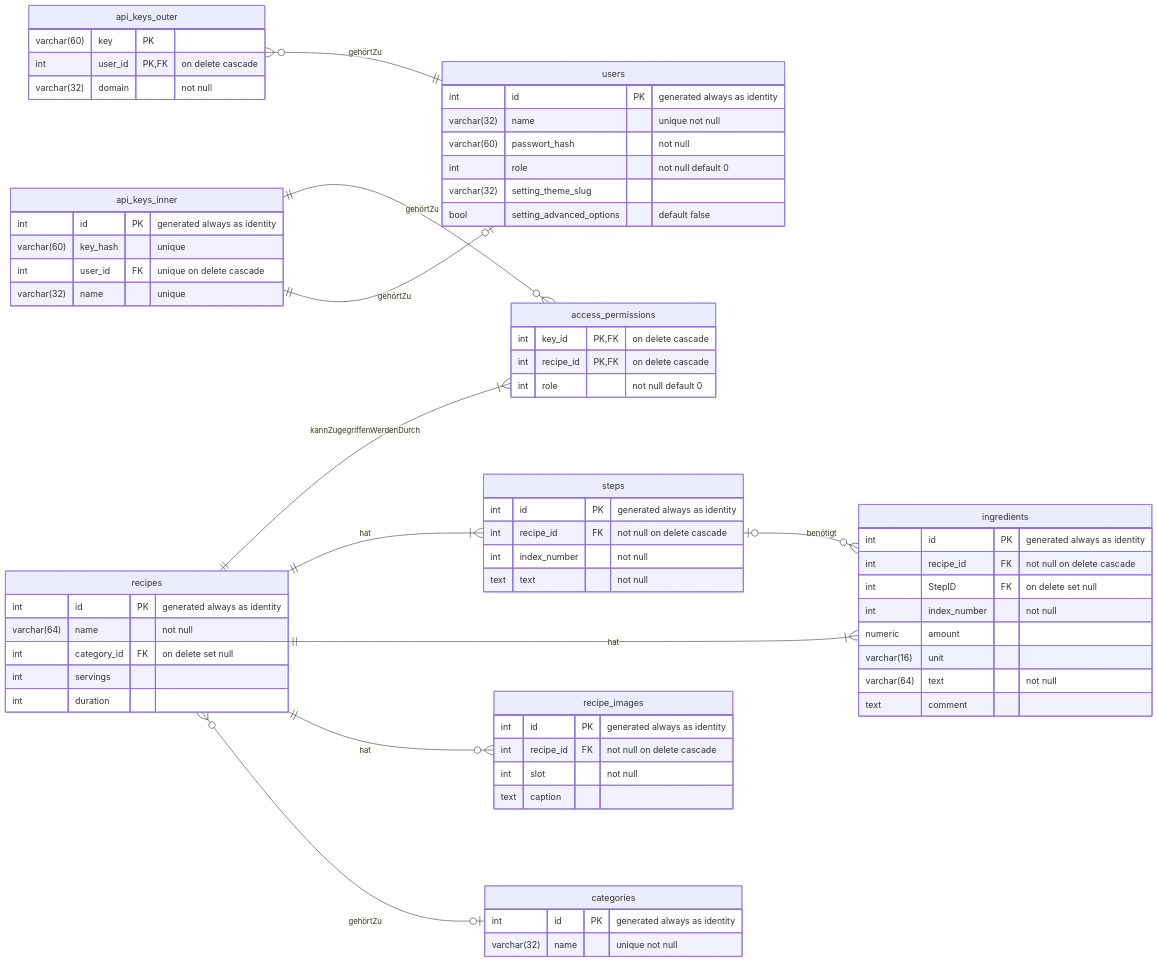
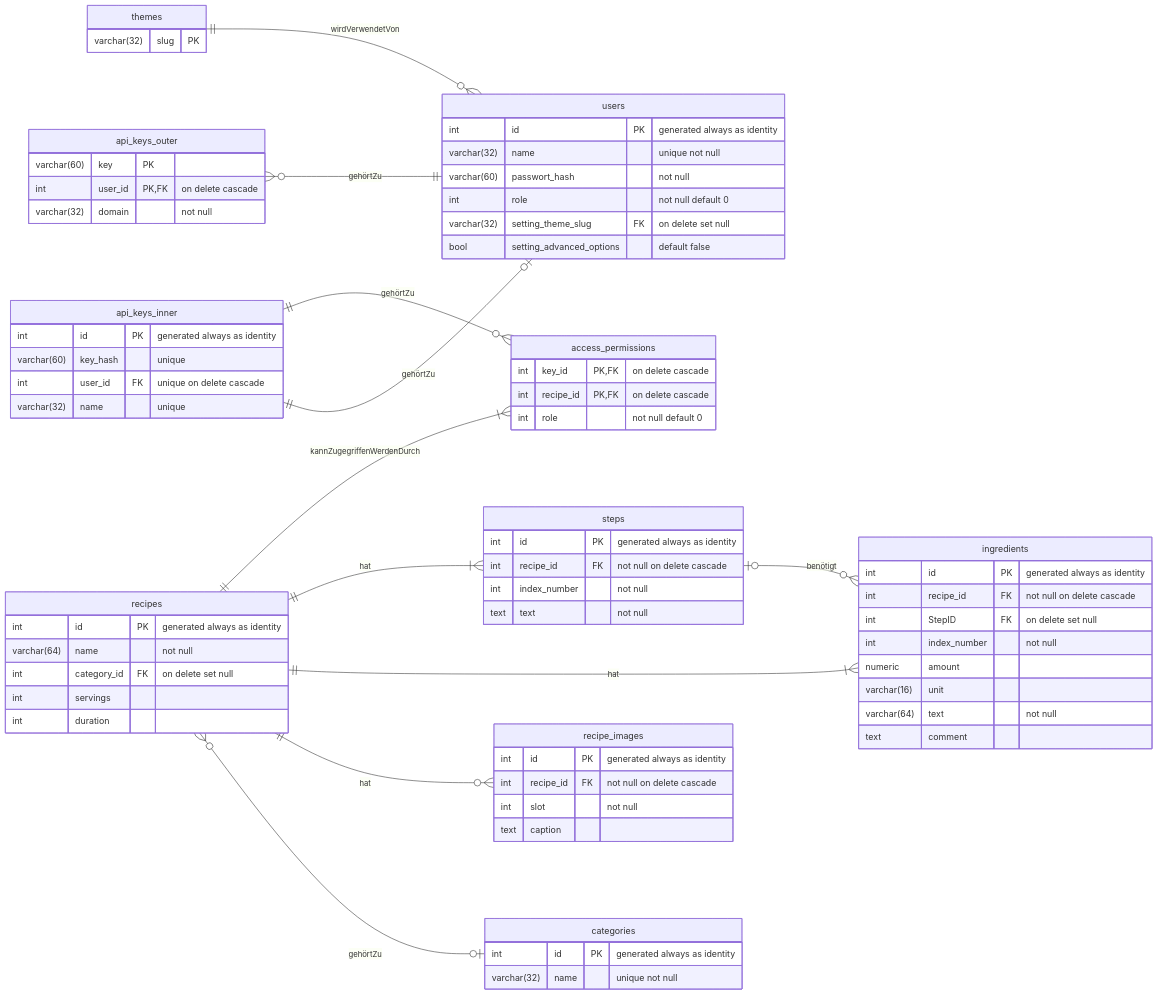
Before and after one commit to juve33/kochbuch: the diagram in planning/db.md, drawn with Mermaid. The commit also changed 25 other files, not shown here.

````diff
--- a/planning/db.md
+++ b/planning/db.md
@@ -9,7 +9,7 @@
     varchar(32) name "unique not null"
     varchar(60) passwort_hash "not null"
     int role "not null default 0"
-    varchar(32) setting_theme_slug
+    varchar(32) setting_theme_slug FK "on delete set null"
     bool setting_advanced_options "default false"
 }
 
@@ -70,6 +70,10 @@
     text caption
 }
 
+t[themes] {
+    varchar(32) slug PK
+}
+
 r }o--o| c: gehörtZu
 r ||--o{ im: hat
 r ||--|{ i: hat
@@ -78,5 +82,6 @@
 apii ||--o| u: gehörtZu
 apio }o--|| u: gehörtZu
 apii ||--o{ a: gehörtZu
+t ||--o{ u: wirdVerwendetVon
 r ||--|{ a: kannZugegriffenWerdenDurch
 ```
````
